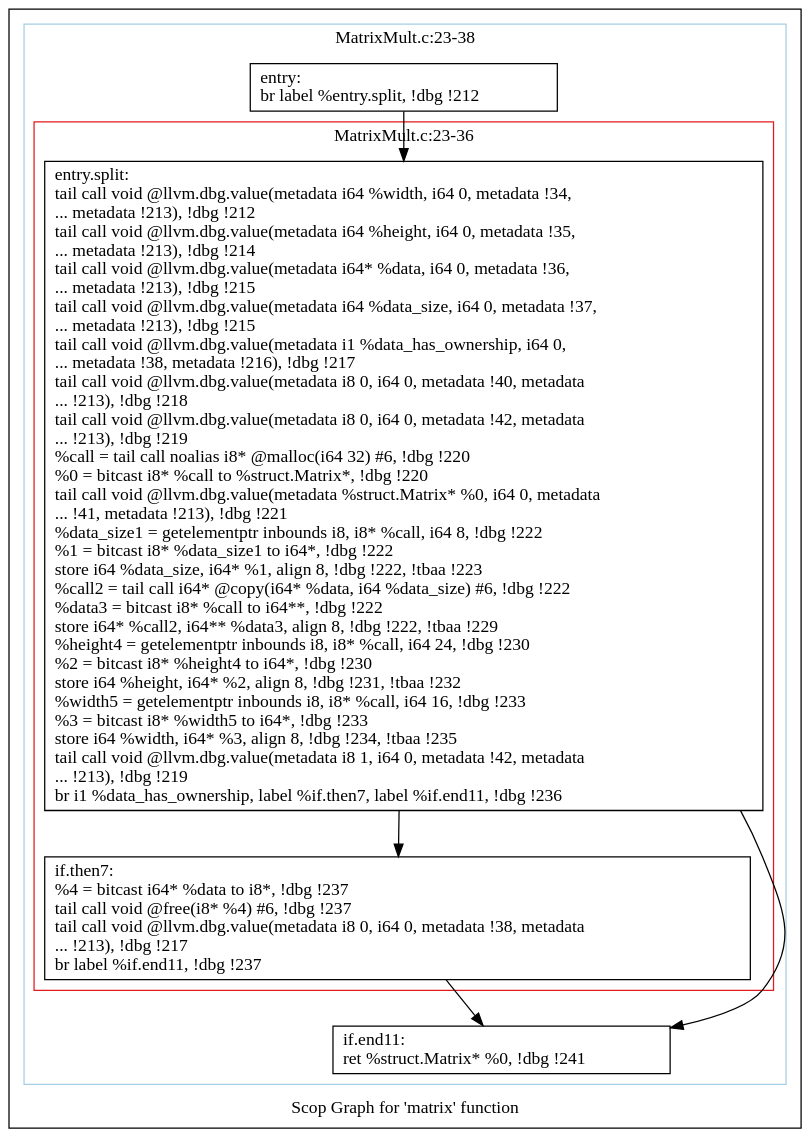
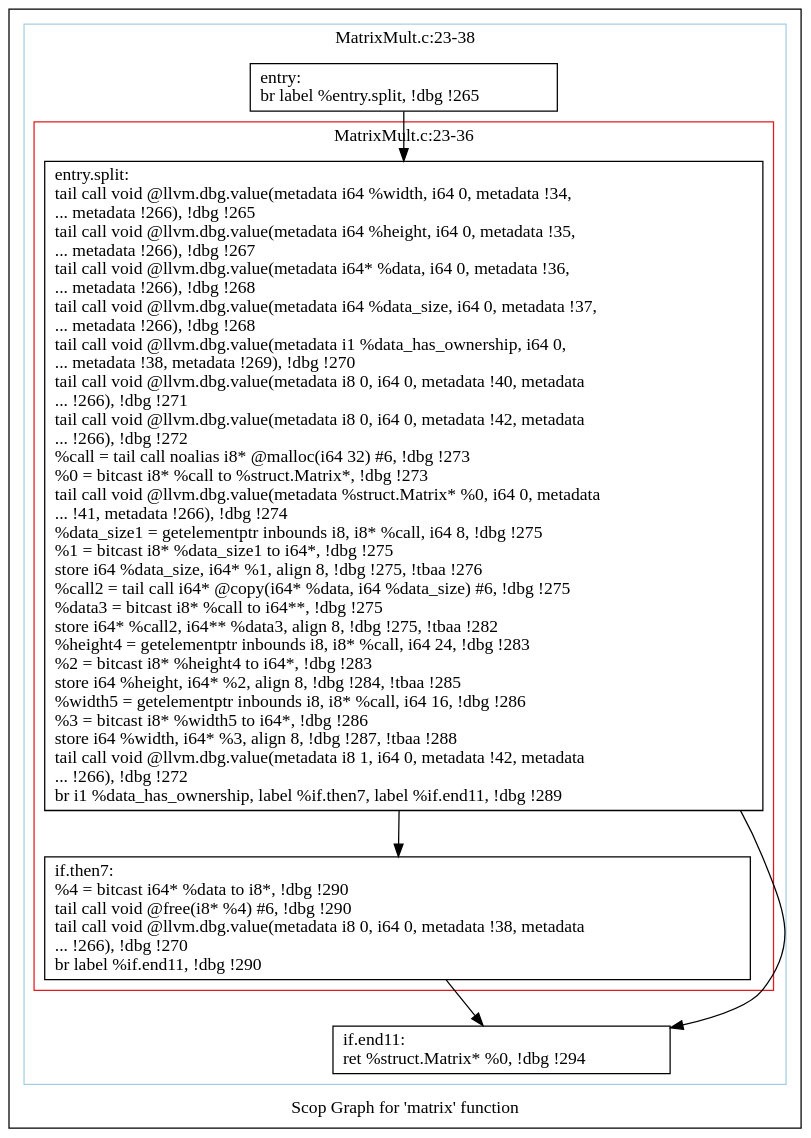
One commit to samminweng/WhileyOpenCL changed the diagram in polly/MatrixMult/impl/autogenerate/dot/scops.matrix.dot. Above: the diagram before and after it, drawn with Graphviz. The commit also changed 49 other files, not shown here.

```diff
--- a/polly/MatrixMult/impl/autogenerate/dot/scops.matrix.dot
+++ b/polly/MatrixMult/impl/autogenerate/dot/scops.matrix.dot
@@ -1,29 +1,29 @@
 digraph "Scop Graph for 'matrix' function" {
 	label="Scop Graph for 'matrix' function";
 
-	Node0xa6dfd60 [shape=record,label="{entry:\l  br label %entry.split, !dbg !212\l}"];
-	Node0xa6dfd60 -> Node0xa6df190;
-	Node0xa6df190 [shape=record,label="{entry.split:                                      \l  tail call void @llvm.dbg.value(metadata i64 %width, i64 0, metadata !34,\l... metadata !213), !dbg !212\l  tail call void @llvm.dbg.value(metadata i64 %height, i64 0, metadata !35,\l... metadata !213), !dbg !214\l  tail call void @llvm.dbg.value(metadata i64* %data, i64 0, metadata !36,\l... metadata !213), !dbg !215\l  tail call void @llvm.dbg.value(metadata i64 %data_size, i64 0, metadata !37,\l... metadata !213), !dbg !215\l  tail call void @llvm.dbg.value(metadata i1 %data_has_ownership, i64 0,\l... metadata !38, metadata !216), !dbg !217\l  tail call void @llvm.dbg.value(metadata i8 0, i64 0, metadata !40, metadata\l... !213), !dbg !218\l  tail call void @llvm.dbg.value(metadata i8 0, i64 0, metadata !42, metadata\l... !213), !dbg !219\l  %call = tail call noalias i8* @malloc(i64 32) #6, !dbg !220\l  %0 = bitcast i8* %call to %struct.Matrix*, !dbg !220\l  tail call void @llvm.dbg.value(metadata %struct.Matrix* %0, i64 0, metadata\l... !41, metadata !213), !dbg !221\l  %data_size1 = getelementptr inbounds i8, i8* %call, i64 8, !dbg !222\l  %1 = bitcast i8* %data_size1 to i64*, !dbg !222\l  store i64 %data_size, i64* %1, align 8, !dbg !222, !tbaa !223\l  %call2 = tail call i64* @copy(i64* %data, i64 %data_size) #6, !dbg !222\l  %data3 = bitcast i8* %call to i64**, !dbg !222\l  store i64* %call2, i64** %data3, align 8, !dbg !222, !tbaa !229\l  %height4 = getelementptr inbounds i8, i8* %call, i64 24, !dbg !230\l  %2 = bitcast i8* %height4 to i64*, !dbg !230\l  store i64 %height, i64* %2, align 8, !dbg !231, !tbaa !232\l  %width5 = getelementptr inbounds i8, i8* %call, i64 16, !dbg !233\l  %3 = bitcast i8* %width5 to i64*, !dbg !233\l  store i64 %width, i64* %3, align 8, !dbg !234, !tbaa !235\l  tail call void @llvm.dbg.value(metadata i8 1, i64 0, metadata !42, metadata\l... !213), !dbg !219\l  br i1 %data_has_ownership, label %if.then7, label %if.end11, !dbg !236\l}"];
-	Node0xa6df190 -> Node0xa6c3f90;
-	Node0xa6df190 -> Node0xa7118f0;
-	Node0xa6c3f90 [shape=record,label="{if.then7:                                         \l  %4 = bitcast i64* %data to i8*, !dbg !237\l  tail call void @free(i8* %4) #6, !dbg !237\l  tail call void @llvm.dbg.value(metadata i8 0, i64 0, metadata !38, metadata\l... !213), !dbg !217\l  br label %if.end11, !dbg !237\l}"];
-	Node0xa6c3f90 -> Node0xa7118f0;
-	Node0xa7118f0 [shape=record,label="{if.end11:                                         \l  ret %struct.Matrix* %0, !dbg !241\l}"];
+	Node0x96527a0 [shape=record,label="{entry:\l  br label %entry.split, !dbg !265\l}"];
+	Node0x96527a0 -> Node0x9654140;
+	Node0x9654140 [shape=record,label="{entry.split:                                      \l  tail call void @llvm.dbg.value(metadata i64 %width, i64 0, metadata !34,\l... metadata !266), !dbg !265\l  tail call void @llvm.dbg.value(metadata i64 %height, i64 0, metadata !35,\l... metadata !266), !dbg !267\l  tail call void @llvm.dbg.value(metadata i64* %data, i64 0, metadata !36,\l... metadata !266), !dbg !268\l  tail call void @llvm.dbg.value(metadata i64 %data_size, i64 0, metadata !37,\l... metadata !266), !dbg !268\l  tail call void @llvm.dbg.value(metadata i1 %data_has_ownership, i64 0,\l... metadata !38, metadata !269), !dbg !270\l  tail call void @llvm.dbg.value(metadata i8 0, i64 0, metadata !40, metadata\l... !266), !dbg !271\l  tail call void @llvm.dbg.value(metadata i8 0, i64 0, metadata !42, metadata\l... !266), !dbg !272\l  %call = tail call noalias i8* @malloc(i64 32) #6, !dbg !273\l  %0 = bitcast i8* %call to %struct.Matrix*, !dbg !273\l  tail call void @llvm.dbg.value(metadata %struct.Matrix* %0, i64 0, metadata\l... !41, metadata !266), !dbg !274\l  %data_size1 = getelementptr inbounds i8, i8* %call, i64 8, !dbg !275\l  %1 = bitcast i8* %data_size1 to i64*, !dbg !275\l  store i64 %data_size, i64* %1, align 8, !dbg !275, !tbaa !276\l  %call2 = tail call i64* @copy(i64* %data, i64 %data_size) #6, !dbg !275\l  %data3 = bitcast i8* %call to i64**, !dbg !275\l  store i64* %call2, i64** %data3, align 8, !dbg !275, !tbaa !282\l  %height4 = getelementptr inbounds i8, i8* %call, i64 24, !dbg !283\l  %2 = bitcast i8* %height4 to i64*, !dbg !283\l  store i64 %height, i64* %2, align 8, !dbg !284, !tbaa !285\l  %width5 = getelementptr inbounds i8, i8* %call, i64 16, !dbg !286\l  %3 = bitcast i8* %width5 to i64*, !dbg !286\l  store i64 %width, i64* %3, align 8, !dbg !287, !tbaa !288\l  tail call void @llvm.dbg.value(metadata i8 1, i64 0, metadata !42, metadata\l... !266), !dbg !272\l  br i1 %data_has_ownership, label %if.then7, label %if.end11, !dbg !289\l}"];
+	Node0x9654140 -> Node0x9655bc0;
+	Node0x9654140 -> Node0x9651e80;
+	Node0x9655bc0 [shape=record,label="{if.then7:                                         \l  %4 = bitcast i64* %data to i8*, !dbg !290\l  tail call void @free(i8* %4) #6, !dbg !290\l  tail call void @llvm.dbg.value(metadata i8 0, i64 0, metadata !38, metadata\l... !266), !dbg !270\l  br label %if.end11, !dbg !290\l}"];
+	Node0x9655bc0 -> Node0x9651e80;
+	Node0x9651e80 [shape=record,label="{if.end11:                                         \l  ret %struct.Matrix* %0, !dbg !294\l}"];
 	colorscheme = "paired12"
-        subgraph cluster_0xa715520 {
+        subgraph cluster_0x9656ab0 {
           label = "MatrixMult.c:23-38
 ";
           style = solid;
           color = 1
-          subgraph cluster_0xa714b50 {
+          subgraph cluster_0x96d3ab0 {
             label = "MatrixMult.c:23-36
 ";
             style = solid;
             color = 6
-            Node0xa6df190;
-            Node0xa6c3f90;
+            Node0x9654140;
+            Node0x9655bc0;
           }
-          Node0xa6dfd60;
-          Node0xa7118f0;
+          Node0x96527a0;
+          Node0x9651e80;
         }
 }
```
